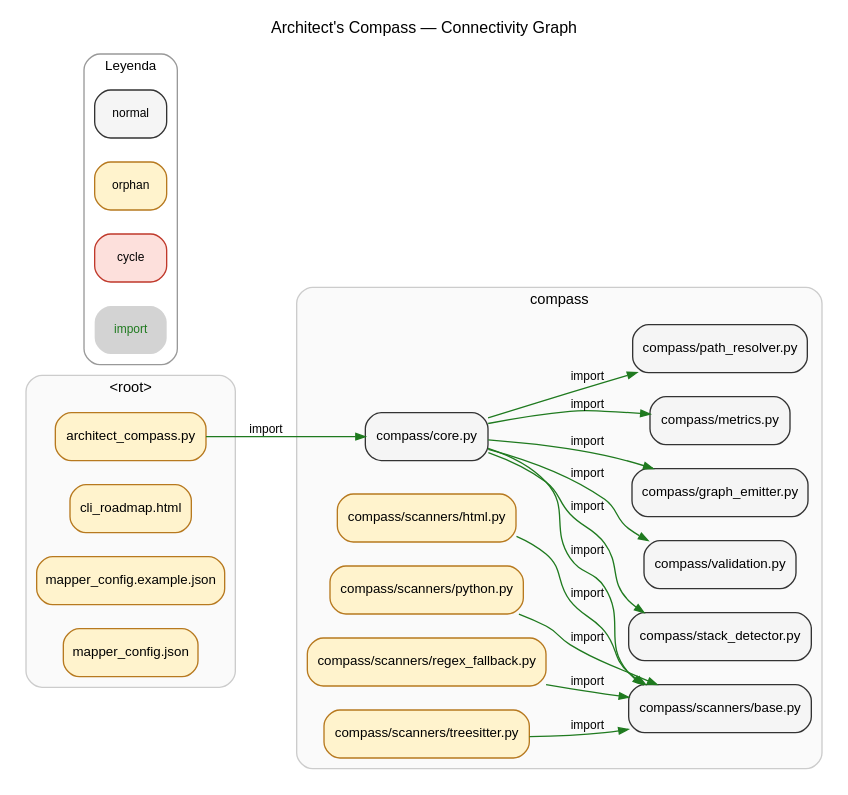
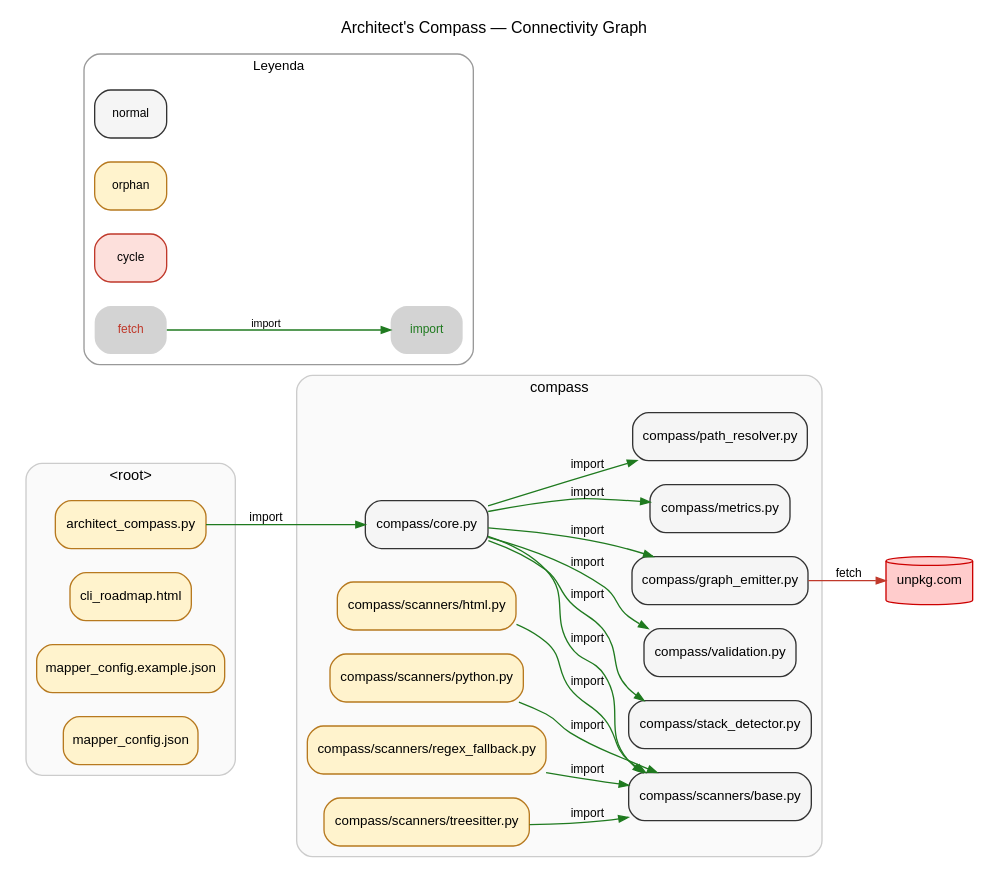
One commit to betovildoza/Architect_compass changed the diagram in .map/connectivity.dot. Above: the diagram before and after it, drawn with Graphviz. The commit also changed 13 other files, not shown here.

```diff
--- a/.map/connectivity.dot
+++ b/.map/connectivity.dot
@@ -1,54 +1,58 @@
 digraph G {
     rankdir=LR;
     concentrate=false; compound=true;
     graph [fontname="Arial", fontsize=12, labelloc="t", label="Architect's Compass — Connectivity Graph"];
     node [style="rounded,filled", fontname="Arial", fontsize=10];
     edge [arrowsize=0.7];
     subgraph "cluster_<root>" {
         label="<root>";
         style="rounded,filled";
         fillcolor="#fafafa"; color="#cccccc";
         fontname="Arial"; fontsize=11;
         "architect_compass.py" [shape=box, fillcolor="#fff3cd", color="#b7791f"];
         "cli_roadmap.html" [shape=box, fillcolor="#fff3cd", color="#b7791f"];
         "mapper_config.example.json" [shape=box, fillcolor="#fff3cd", color="#b7791f"];
         "mapper_config.json" [shape=box, fillcolor="#fff3cd", color="#b7791f"];
     }
     subgraph "cluster_compass" {
         label="compass";
         style="rounded,filled";
         fillcolor="#fafafa"; color="#cccccc";
         fontname="Arial"; fontsize=11;
         "compass/core.py" [shape=box, fillcolor="#f5f5f5", color="#333333"];
         "compass/graph_emitter.py" [shape=box, fillcolor="#f5f5f5", color="#333333"];
         "compass/metrics.py" [shape=box, fillcolor="#f5f5f5", color="#333333"];
         "compass/path_resolver.py" [shape=box, fillcolor="#f5f5f5", color="#333333"];
         "compass/scanners/base.py" [shape=box, fillcolor="#f5f5f5", color="#333333"];
         "compass/scanners/html.py" [shape=box, fillcolor="#fff3cd", color="#b7791f"];
         "compass/scanners/python.py" [shape=box, fillcolor="#fff3cd", color="#b7791f"];
         "compass/scanners/regex_fallback.py" [shape=box, fillcolor="#fff3cd", color="#b7791f"];
         "compass/scanners/treesitter.py" [shape=box, fillcolor="#fff3cd", color="#b7791f"];
         "compass/stack_detector.py" [shape=box, fillcolor="#f5f5f5", color="#333333"];
         "compass/validation.py" [shape=box, fillcolor="#f5f5f5", color="#333333"];
     }
+    "[EXTERNAL:unpkg.com]" [label="unpkg.com", shape=cylinder, style=filled, fillcolor="#ffcccc", color="#cc0000", fontname="Arial"];
     "architect_compass.py" -> "compass/core.py" [label="import", color="#1f7a1f", fontname="Arial", fontsize=9];
     "compass/core.py" -> "compass/graph_emitter.py" [label="import", color="#1f7a1f", fontname="Arial", fontsize=9];
     "compass/core.py" -> "compass/metrics.py" [label="import", color="#1f7a1f", fontname="Arial", fontsize=9];
     "compass/core.py" -> "compass/path_resolver.py" [label="import", color="#1f7a1f", fontname="Arial", fontsize=9];
     "compass/core.py" -> "compass/scanners/base.py" [label="import", color="#1f7a1f", fontname="Arial", fontsize=9];
     "compass/core.py" -> "compass/stack_detector.py" [label="import", color="#1f7a1f", fontname="Arial", fontsize=9];
     "compass/core.py" -> "compass/validation.py" [label="import", color="#1f7a1f", fontname="Arial", fontsize=9];
+    "compass/graph_emitter.py" -> "[EXTERNAL:unpkg.com]" [label="fetch", color="#c0392b", fontname="Arial", fontsize=9];
     "compass/scanners/html.py" -> "compass/scanners/base.py" [label="import", color="#1f7a1f", fontname="Arial", fontsize=9];
     "compass/scanners/python.py" -> "compass/scanners/base.py" [label="import", color="#1f7a1f", fontname="Arial", fontsize=9];
     "compass/scanners/regex_fallback.py" -> "compass/scanners/base.py" [label="import", color="#1f7a1f", fontname="Arial", fontsize=9];
     "compass/scanners/treesitter.py" -> "compass/scanners/base.py" [label="import", color="#1f7a1f", fontname="Arial", fontsize=9];
     subgraph "cluster_legend" {
         label="Leyenda"; style="rounded,filled";
         fillcolor="#ffffff"; color="#999999";
         fontname="Arial"; fontsize=10; rank=sink;
         "_legend_node_normal" [label="normal", fillcolor="#f5f5f5", color="#333333", shape=box, style="rounded,filled", fontname="Arial", fontsize=9];
         "_legend_node_orphan" [label="orphan", fillcolor="#fff3cd", color="#b7791f", shape=box, style="rounded,filled", fontname="Arial", fontsize=9];
         "_legend_node_cycle" [label="cycle", fillcolor="#fde0dc", color="#c0392b", shape=box, style="rounded,filled", fontname="Arial", fontsize=9];
+        "_legend_edge_fetch" [label="fetch", shape=plaintext, fontname="Arial", fontsize=9, fontcolor="#c0392b"];
         "_legend_edge_import" [label="import", shape=plaintext, fontname="Arial", fontsize=9, fontcolor="#1f7a1f"];
+        "_legend_edge_fetch" -> "_legend_edge_import" [color="#1f7a1f", label="import", fontname="Arial", fontsize=8];
     }
 }
```
